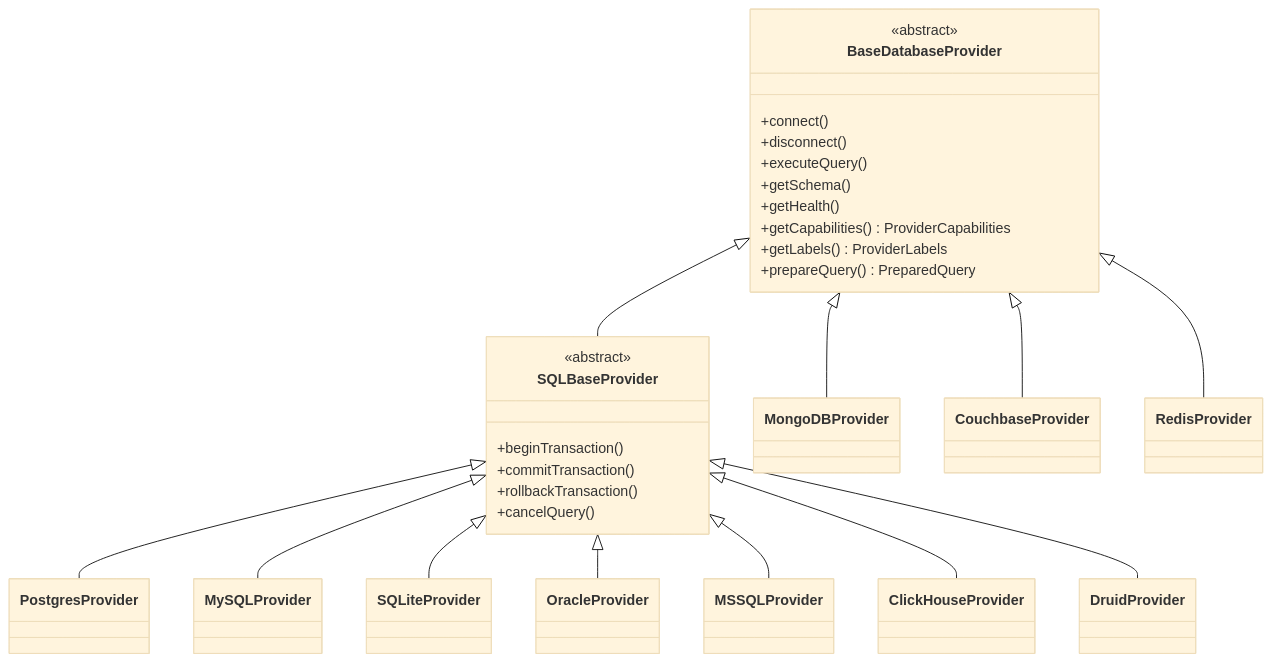
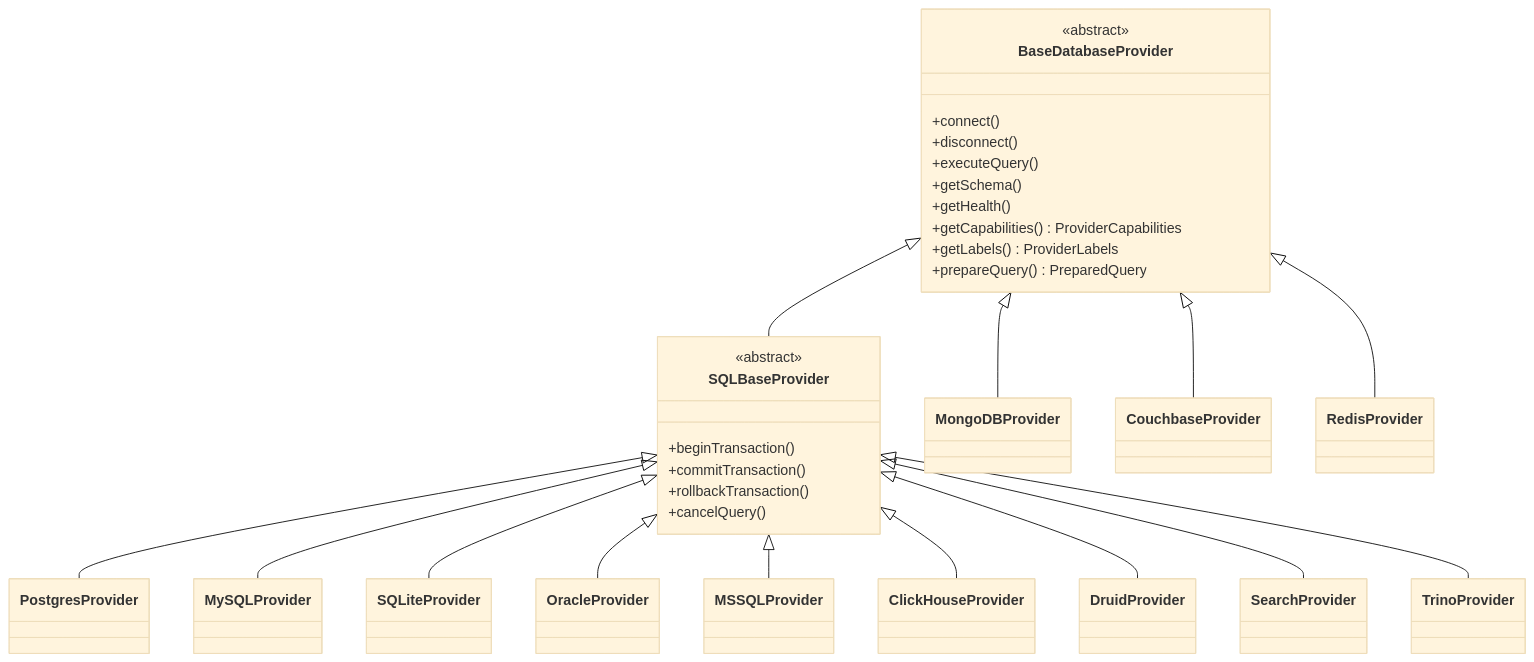
One commit to CrazyForks/libredb-studio changed the second of 3 diagrams in docs/ARCHITECTURE.md. Above: the diagram before and after it, drawn with Mermaid (base theme). The commit also changed other lines of this file and 74 other files, not shown here.

````diff
--- a/docs/ARCHITECTURE.md
+++ b/docs/ARCHITECTURE.md
@@ -72,35 +74,37 @@
 ```mermaid
 classDiagram
     class BaseDatabaseProvider {
         <<abstract>>
         +connect()
         +disconnect()
         +executeQuery()
         +getSchema()
         +getHealth()
         +getCapabilities() ProviderCapabilities
         +getLabels() ProviderLabels
         +prepareQuery() PreparedQuery
     }
 
     class SQLBaseProvider {
         <<abstract>>
         +beginTransaction()
         +commitTransaction()
         +rollbackTransaction()
         +cancelQuery()
     }
 
     BaseDatabaseProvider <|-- SQLBaseProvider
     BaseDatabaseProvider <|-- MongoDBProvider
     BaseDatabaseProvider <|-- CouchbaseProvider
     BaseDatabaseProvider <|-- RedisProvider
 
     SQLBaseProvider <|-- PostgresProvider
     SQLBaseProvider <|-- MySQLProvider
     SQLBaseProvider <|-- SQLiteProvider
     SQLBaseProvider <|-- OracleProvider
     SQLBaseProvider <|-- MSSQLProvider
     SQLBaseProvider <|-- ClickHouseProvider
     SQLBaseProvider <|-- DruidProvider
+    SQLBaseProvider <|-- SearchProvider
+    SQLBaseProvider <|-- TrinoProvider
 ```
````
